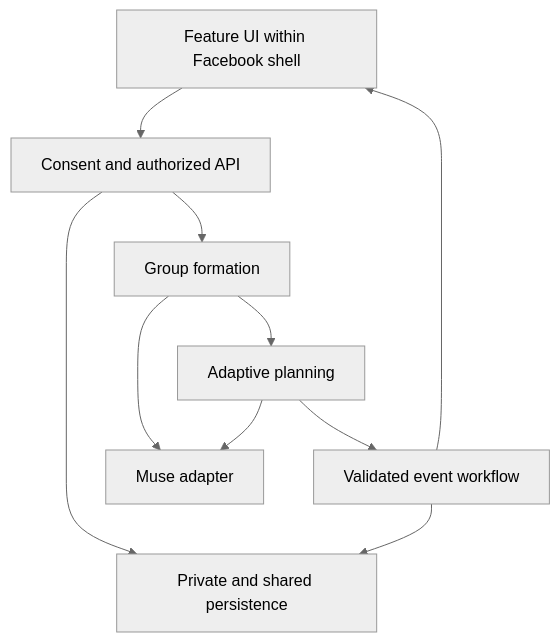
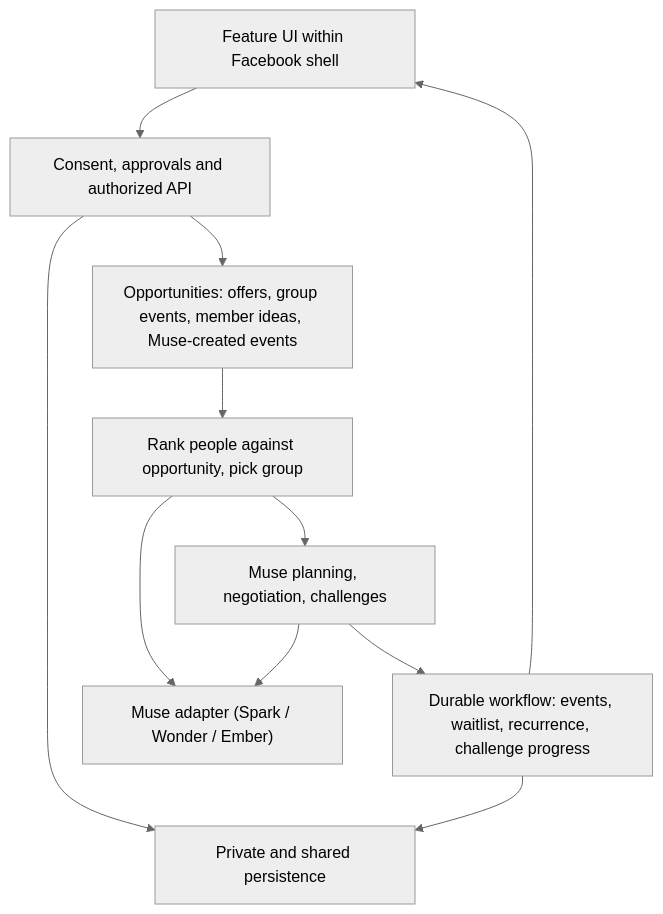
The diagram in README.md (Meta-Hackathon-SF/Meta-Hackathon), drawn with Mermaid (neutral theme) before and after one commit. The commit also changed other lines of this file, not shown here.

First line of the commit message:
docs: rebuild README around initiative gap, opportunities and retention

````diff
--- a/README.md
+++ b/README.md
@@ -60,12 +92,13 @@
 ```mermaid
 flowchart TD
-    UI["Feature UI within Facebook shell"] --> AUTH["Consent and authorized API"]
-    AUTH --> MATCH["Group formation"]
-    MATCH --> PLAN["Adaptive planning"]
-    PLAN --> FLOW["Validated event workflow"]
+    UI["Feature UI within Facebook shell"] --> AUTH["Consent, approvals and authorized API"]
+    AUTH --> OPP["Opportunities: offers, group events, member ideas, Muse-created events"]
+    OPP --> MATCH["Rank people against opportunity, pick group"]
+    MATCH --> PLAN["Muse planning, negotiation, challenges"]
+    PLAN --> FLOW["Durable workflow: events, waitlist, recurrence, challenge progress"]
     FLOW --> UI
-    MATCH --> MUSE["Muse adapter"]
+    MATCH --> MUSE["Muse adapter (Spark / Wonder / Ember)"]
     PLAN --> MUSE
     AUTH --> DB["Private and shared persistence"]
     FLOW --> DB
 ```
````
